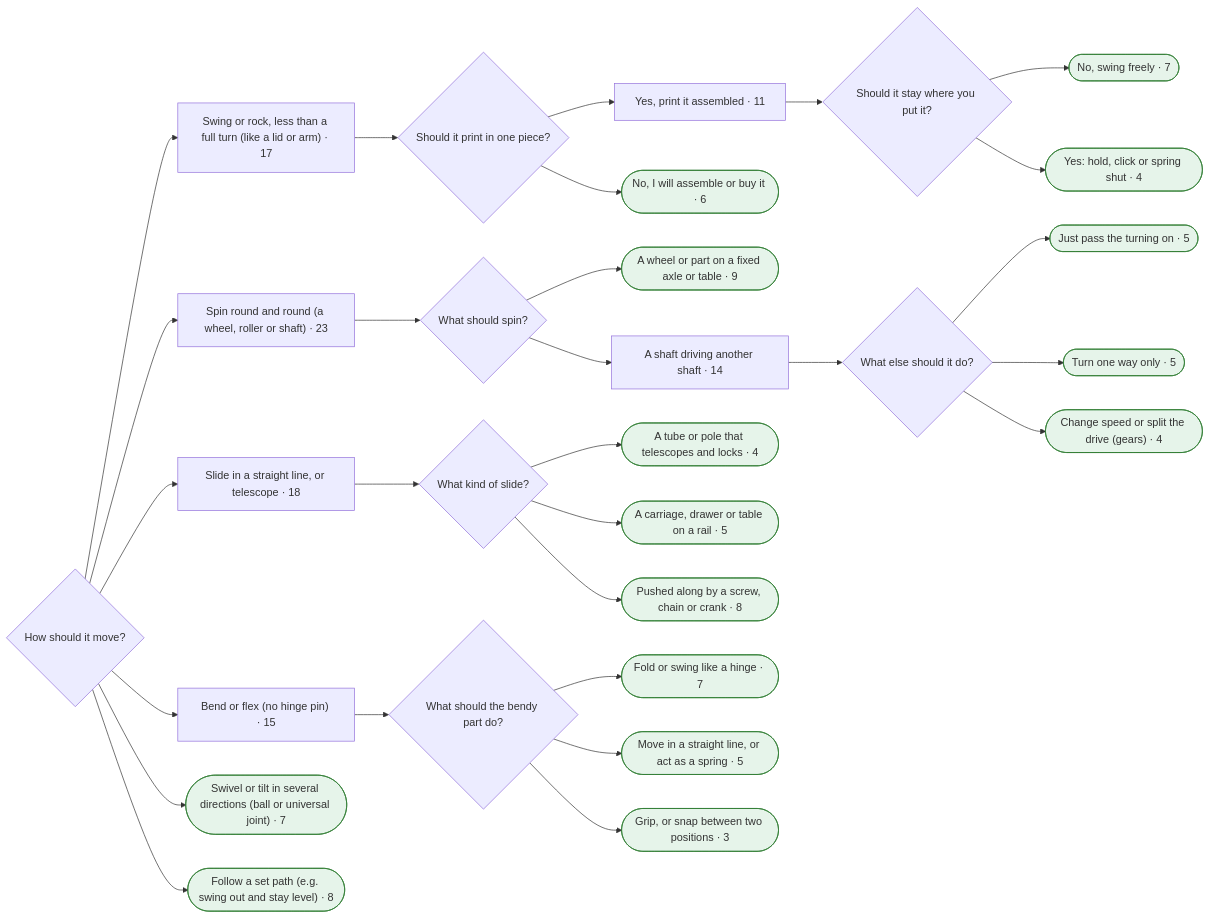
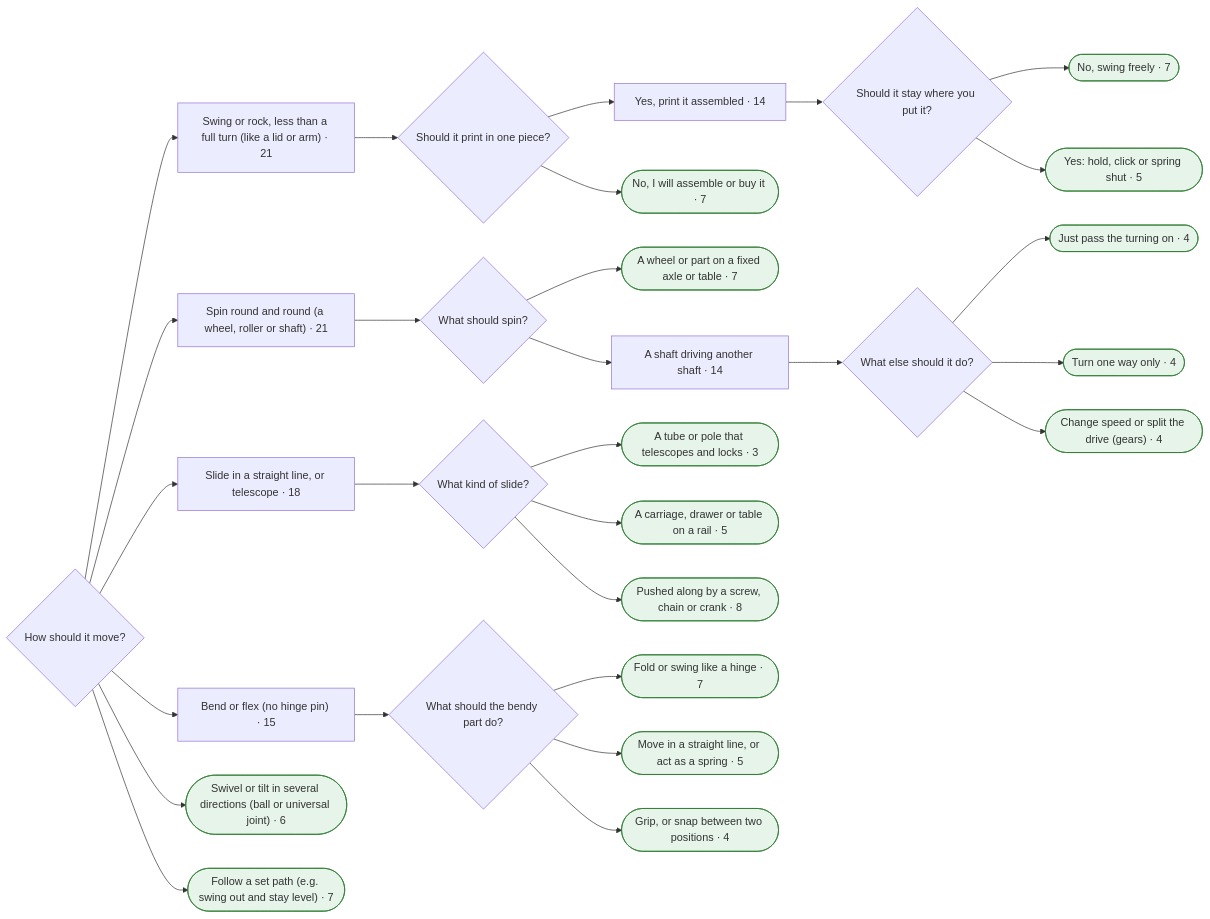
Before and after one commit to smileymcfrown/EncyclopediaOfConnections: the fourth of 11 diagrams in research/finder-test/mermaid.md, drawn with Mermaid. The commit also changed other lines of this file and 420 other files, not shown here.

````diff
--- a/research/finder-test/mermaid.md
+++ b/research/finder-test/mermaid.md
@@ -530,75 +533,75 @@
 ```mermaid
 flowchart LR
-  q193{"How should it move?"}
-  a194["Swing or rock, less than a full turn (like a lid or arm) · 17"]
-  q193 --> a194
-  q195{"Should it print in one piece?"}
-  a194 --> q195
-  a196["Yes, print it assembled · 11"]
-  q195 --> a196
-  q197{"Should it stay where you put it?"}
-  a196 --> q197
-  a198(["No, swing freely · 7"])
-  q197 --> a198
-  class a198 leaf
-  a199(["Yes: hold, click or spring shut · 4"])
-  q197 --> a199
+  q194{"How should it move?"}
+  a195["Swing or rock, less than a full turn (like a lid or arm) · 21"]
+  q194 --> a195
+  q196{"Should it print in one piece?"}
+  a195 --> q196
+  a197["Yes, print it assembled · 14"]
+  q196 --> a197
+  q198{"Should it stay where you put it?"}
+  a197 --> q198
+  a199(["No, swing freely · 7"])
+  q198 --> a199
   class a199 leaf
-  a200(["No, I will assemble or buy it · 6"])
-  q195 --> a200
+  a200(["Yes: hold, click or spring shut · 5"])
+  q198 --> a200
   class a200 leaf
-  a201["Spin round and round (a wheel, roller or shaft) · 23"]
-  q193 --> a201
-  q202{"What should spin?"}
-  a201 --> q202
-  a203(["A wheel or part on a fixed axle or table · 9"])
-  q202 --> a203
-  class a203 leaf
-  a204["A shaft driving another shaft · 14"]
-  q202 --> a204
-  q205{"What else should it do?"}
-  a204 --> q205
-  a206(["Just pass the turning on · 5"])
-  q205 --> a206
-  class a206 leaf
-  a207(["Turn one way only · 5"])
-  q205 --> a207
+  a201(["No, I will assemble or buy it · 7"])
+  q196 --> a201
+  class a201 leaf
+  a202["Spin round and round (a wheel, roller or shaft) · 21"]
+  q194 --> a202
+  q203{"What should spin?"}
+  a202 --> q203
+  a204(["A wheel or part on a fixed axle or table · 7"])
+  q203 --> a204
+  class a204 leaf
+  a205["A shaft driving another shaft · 14"]
+  q203 --> a205
+  q206{"What else should it do?"}
+  a205 --> q206
+  a207(["Just pass the turning on · 4"])
+  q206 --> a207
   class a207 leaf
-  a208(["Change speed or split the drive (gears) · 4"])
-  q205 --> a208
+  a208(["Turn one way only · 4"])
+  q206 --> a208
   class a208 leaf
-  a209["Slide in a straight line, or telescope · 18"]
-  q193 --> a209
-  q210{"What kind of slide?"}
-  a209 --> q210
-  a211(["A tube or pole that telescopes and locks · 4"])
-  q210 --> a211
-  class a211 leaf
-  a212(["A carriage, drawer or table on a rail · 5"])
-  q210 --> a212
+  a209(["Change speed or split the drive (gears) · 4"])
+  q206 --> a209
+  class a209 leaf
+  a210["Slide in a straight line, or telescope · 18"]
+  q194 --> a210
+  q211{"What kind of slide?"}
+  a210 --> q211
+  a212(["A tube or pole that telescopes and locks · 3"])
+  q211 --> a212
   class a212 leaf
-  a213(["Pushed along by a screw, chain or crank · 8"])
-  q210 --> a213
+  a213(["A carriage, drawer or table on a rail · 5"])
+  q211 --> a213
   class a213 leaf
-  a214["Bend or flex (no hinge pin) · 15"]
-  q193 --> a214
-  q215{"What should the bendy part do?"}
-  a214 --> q215
-  a216(["Fold or swing like a hinge · 7"])
-  q215 --> a216
-  class a216 leaf
-  a217(["Move in a straight line, or act as a spring · 5"])
-  q215 --> a217
+  a214(["Pushed along by a screw, chain or crank · 8"])
+  q211 --> a214
+  class a214 leaf
+  a215["Bend or flex (no hinge pin) · 15"]
+  q194 --> a215
+  q216{"What should the bendy part do?"}
+  a215 --> q216
+  a217(["Fold or swing like a hinge · 7"])
+  q216 --> a217
   class a217 leaf
-  a218(["Grip, or snap between two positions · 3"])
-  q215 --> a218
+  a218(["Move in a straight line, or act as a spring · 5"])
+  q216 --> a218
   class a218 leaf
-  a219(["Swivel or tilt in several directions (ball or universal joint) · 7"])
-  q193 --> a219
+  a219(["Grip, or snap between two positions · 4"])
+  q216 --> a219
   class a219 leaf
-  a220(["Follow a set path (e.g. swing out and stay level) · 8"])
-  q193 --> a220
+  a220(["Swivel or tilt in several directions (ball or universal joint) · 6"])
+  q194 --> a220
   class a220 leaf
+  a221(["Follow a set path (e.g. swing out and stay level) · 7"])
+  q194 --> a221
+  class a221 leaf
   classDef leaf fill:#e6f4ea,stroke:#2e7d32
   classDef more fill:#fff4e5,stroke:#b26a00
 ```
````
